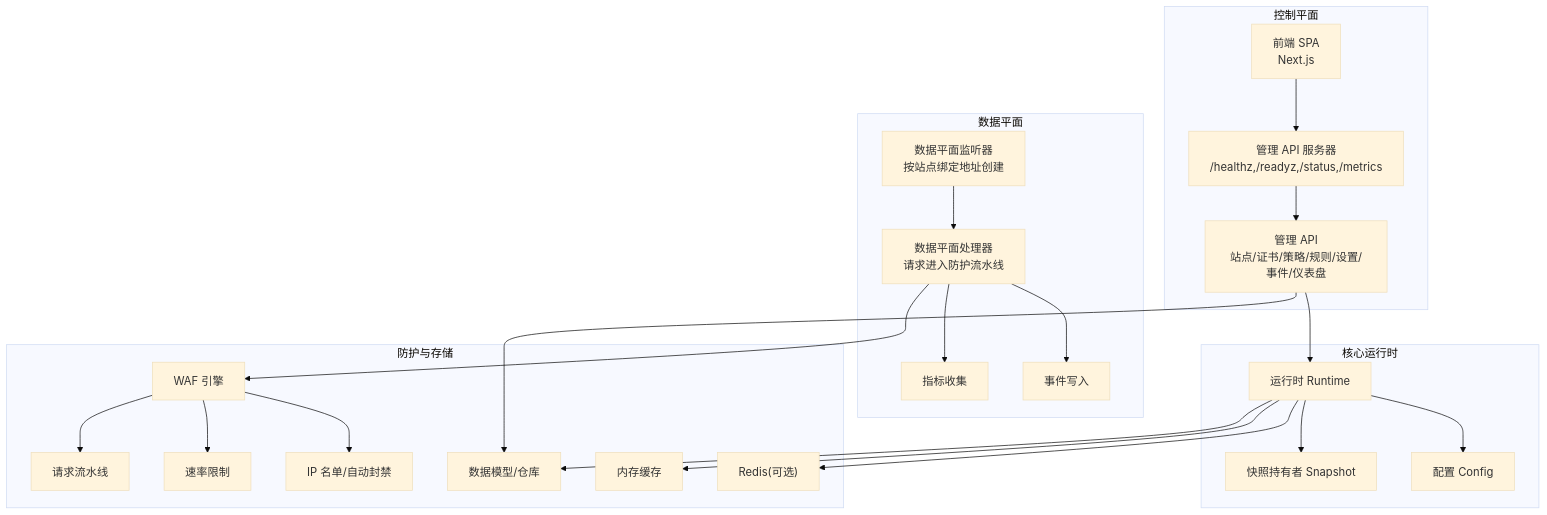
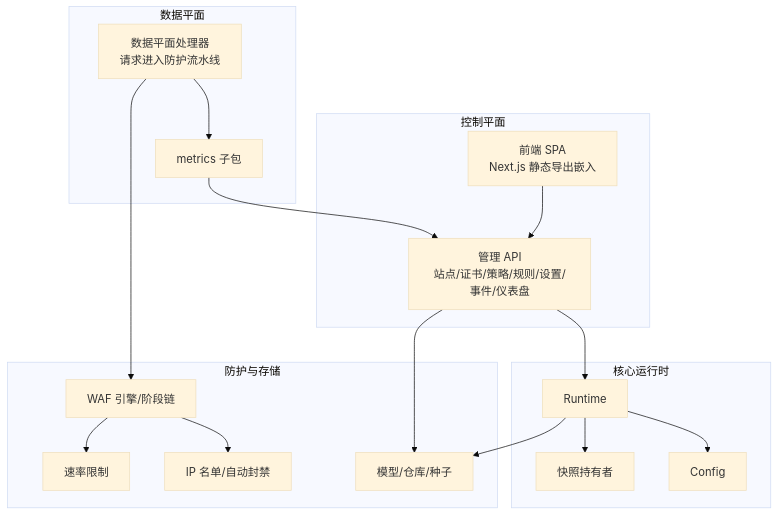
Before and after one commit to x01n/My-OpenWaf: the second of 6 diagrams in docs/项目概述/项目概述.md, drawn with Mermaid (base theme). The commit also changed other lines of this file and 622 other files, not shown here.

````diff
--- a/docs/项目概述/项目概述.md
+++ b/docs/项目概述/项目概述.md
@@ -205,44 +204,33 @@
 ```mermaid
 graph TB
 subgraph "控制平面"
-ADMIN_SRV["管理 API 服务器<br/>/healthz,/readyz,/status,/metrics"]
 ADMIN_API["管理 API<br/>站点/证书/策略/规则/设置/事件/仪表盘"]
-FRONTEND["前端 SPA<br/>Next.js"]
+FRONTEND["前端 SPA<br/>Next.js 静态导出嵌入"]
 end
 subgraph "核心运行时"
-RT["运行时 Runtime"]
-SNAP["快照持有者 Snapshot"]
-CFG["配置 Config"]
+RT["Runtime"]
+SNAP["快照持有者"]
+CFG["Config"]
 end
 subgraph "数据平面"
-DP_LISTENER["数据平面监听器<br/>按站点绑定地址创建"]
 DP_HANDLER["数据平面处理器<br/>请求进入防护流水线"]
-METRICS["指标收集"]
-EVENT["事件写入"]
+DP_METRICS["metrics 子包"]
 end
 subgraph "防护与存储"
-ENGINE["WAF 引擎"]
-PIPE["请求流水线"]
+ENGINE["WAF 引擎/阶段链"]
 RL["速率限制"]
 IPREP["IP 名单/自动封禁"]
-STORE["数据模型/仓库"]
-CACHE["内存缓存"]
-REDIS["Redis(可选)"]
+STORE["模型/仓库/种子"]
 end
-ADMIN_SRV --> ADMIN_API
 ADMIN_API --> STORE
 ADMIN_API --> RT
-FRONTEND --> ADMIN_SRV
+FRONTEND --> ADMIN_API
 RT --> CFG
-RT --> CACHE
 RT --> SNAP
 RT --> STORE
-RT --> REDIS
-DP_LISTENER --> DP_HANDLER
 DP_HANDLER --> ENGINE
-ENGINE --> PIPE
 ENGINE --> RL
 ENGINE --> IPREP
-DP_HANDLER --> METRICS
-DP_HANDLER --> EVENT
+DP_HANDLER --> DP_METRICS
+DP_METRICS --> ADMIN_API
 ```
````
